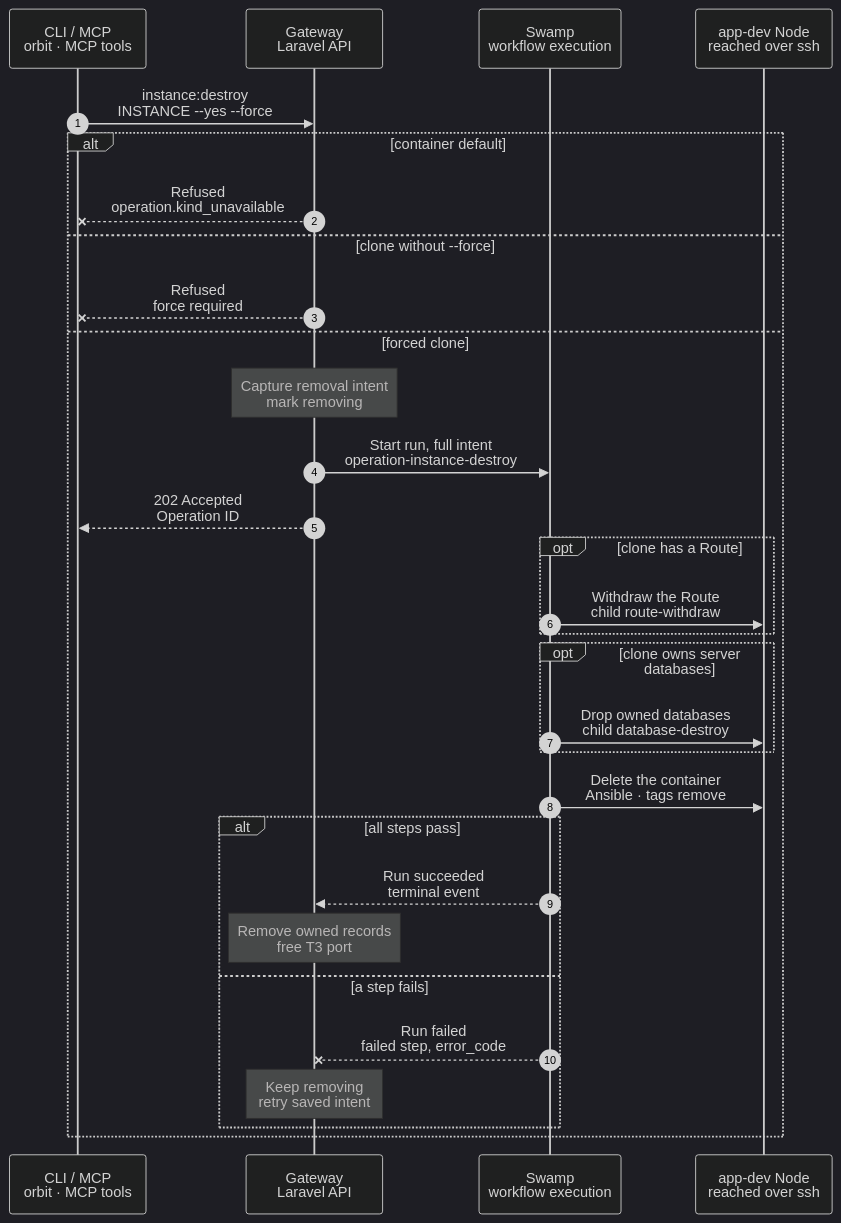
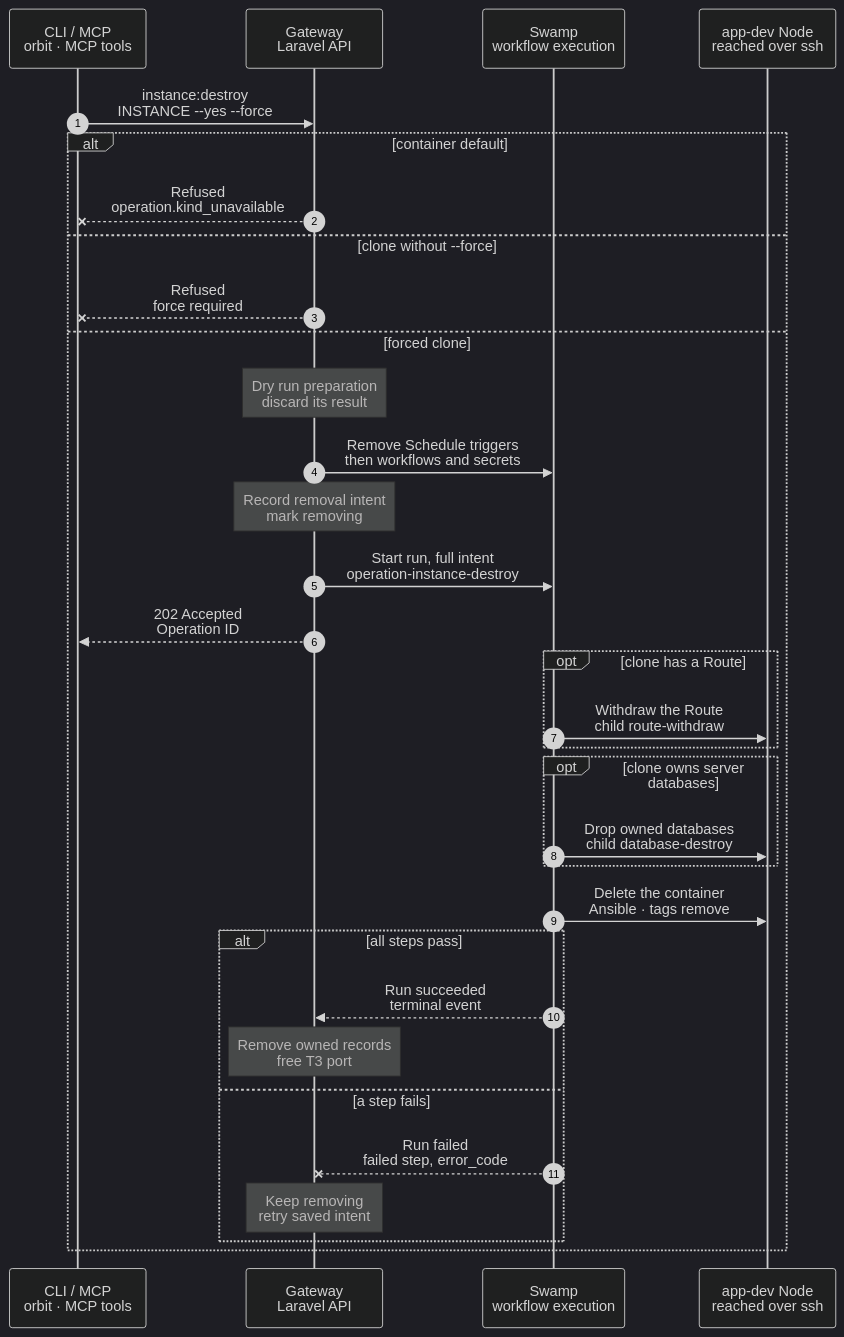
One commit to hardimpactdev/orbit changed the diagram in docs/cli/instance/container/destroy.mmd. Above: the diagram before and after it, drawn with Mermaid (dark theme). The commit also changed 8 other files, not shown here.

First line of the commit message:
fix(instance): dry-run removal before stopping Schedules (#3534)

```diff
--- a/docs/cli/instance/container/destroy.mmd
+++ b/docs/cli/instance/container/destroy.mmd
@@ -1,82 +1,92 @@
 sequenceDiagram
   %% Non-default container cleanup. Conn admission precedes this forced engine; CLI admission keeps its existing rules.
   %% status: draft
   %% command: instance:destroy
   %% kind: instance.destroy
   autonumber
   %% lane CLI icon=terminal pill=caller tone=gray
   %% lane GW icon=gateway pill=intent tone=blue
   %% lane SW icon=workflow pill=executes tone=green
   %% lane N icon=server pill=target tone=amber
   participant CLI as CLI / MCP<br/>orbit · MCP tools
   participant GW as Gateway<br/>Laravel API
   participant SW as Swamp<br/>workflow execution
   participant N as app-dev Node<br/>reached over ssh
   CLI->>GW: instance:destroy<br/>INSTANCE --yes --force
   %% path: main
   %%> Conn admission:
   %%> - POST /api/v1/conn/instances/ID/destroy requires an Idempotency-Key and acknowledge_unsaved as a JSON boolean
   %%> - the caller needs access to the Instance's Node; a missing Instance is 404
   %%> - a default answers 409 instance.default_protected; a host checkout answers 409 instance.not_container
   %%> - without acknowledgement, answer 409 instance.unsaved_work with unknown state and null counts; no container Git observations exist yet
   %%> - these refusals change no Schedule, Route, database, pairing, environment or Operation, and never probe the container
   %%> - acknowledged removal uses this same engine with force=true; all existing engine blockers keep their codes
   %%> - the same key and request returns the same Operation with 202, including after Instance deletion; a changed request is an idempotency conflict
   %%> CLI requirements:
   %%> - Node access to the Instance's Node and no other lifecycle Operation holds the Instance
   %%> - this slice supports a non-default container Instance, cloned or migrated; the Instance named `default` remains unavailable
   %%> - `--force` is required until guarded removal is built; no work or turn check runs
   alt container default
     %% path: default-unavailable
     GW--xCLI: Refused<br/>operation.kind_unavailable
   else clone without --force
     %% path: force-required
     GW--xCLI: Refused<br/>force required
     %%> Code:
     %%> - `instance.container_destroy_force_required`
   else forced clone
     %% path: admitted
-    Note over GW: Capture removal intent<br/>mark removing
+    Note over GW: Dry run preparation<br/>discard its result
     %%> Result:
     %%> - capture the clone's container identity, Route, Processes and owned databases
-    %%> - Conn runs stored blocker checks before calling the engine; the engine keeps its existing Schedule removal and failure boundary
+    %%> - all callers try the same pure preparation that admission uses; discard its result before any Schedule effect
+    %%> - the dry run checks publication Nodes, SSH pins, Caddy, PHP and DNS; it changes no state, records no intent, stages no copy and takes no Route hold
     %%> - keep its runtime row, address and T3 port reserved until terminal success
     %%> - Conn refuses new pairings while the Instance is removing
+    GW->>SW: Remove Schedule triggers<br/>then workflows and secrets
+    %%> Failure boundary:
+    %%> - a validation refusal leaves Schedules untouched; a Schedule removal failure keeps the Instance and Route active and records no destroy Operation
+    %%> Fresh admission:
+    %%> - if a fact changes after the dry run, admission uses its current value and may refuse; Schedules may already be stopped
+    %%> - build all publication, participant, database, member, runtime, Route and root facts fresh in the admission transaction; keep no lock across Schedule calls
+    Note over GW: Record removal intent<br/>mark removing
+    %%> Result:
+    %%> - call the same preparation again inside the admission transaction; record only this fresh intent, then mark the Instance removing and the Route retiring
     GW->>SW: Start run, full intent<br/>operation-instance-destroy
     GW-->>CLI: 202 Accepted<br/>Operation ID
     opt clone has a Route
       %% path: routed
       SW->>N: Withdraw the Route<br/>child route-withdraw
       %%> Caddy publication:
       %%> - on the Node, wait at most 5 s for the publish lock; compare the composed-from SHA-256 with the live file, then validate, rename and reload under that lock
       %%> - a changed base refuses with `caddy.composed_from_live_mismatch`; a busy lock refuses with `caddy.publish_busy`; the live Caddyfile stays unchanged and the normal failure path runs
     end
     opt clone owns server databases
       %% path: server-database
       SW->>N: Drop owned databases<br/>child database-destroy
     end
     SW->>N: Delete the container<br/>Ansible · tags remove
     %%> What it does:
     %%> - stops and deletes the clone, its Processes, T3 history, snapshots, storage volume and proxy device
     %%> - deleting T3 retires every session and unused pairing link; no T3 call or new vault key is needed
     %%> - removes its `instance-<id>` ACL from Incus project `default`, its owned UFW rules, its Node repository mirror and its private Node mail activation state
     %%> - checks that the container and storage volume are absent; already absent resources are removed
     %%> - the default and sibling clones stay; a migrated Instance's retained Git directory is untouched and can be purged only by hand
     alt all steps pass
       %% path: succeeded
       SW-->>GW: Run succeeded<br/>terminal event
       Note over GW: Remove owned records<br/>free T3 port
       %%> Result:
       %%> - remove Instance execution copies and Conn's copies, environment and pairings, even while Conn is disabled
       %%> - delete the Route, Processes, owned database records, runtime row and Instance
       %%> - keep `retained_git_path` and `retained_git_at` in the destroy Operation result so retention stays findable after the Instance row goes
       %%> - deleting the runtime row frees the published T3 port and bridge address
     else a step fails
       %% path: removal-failed
       SW--xGW: Run failed<br/>failed step, error_code
       Note over GW: Keep removing<br/>retry saved intent
       %%> Retry:
       %%> - a fresh forced destroy reuses the removal identity and accepts resources already gone
       %%> - after withdrawal the Route stays down; records and the reserved port stay until success
     end
   end
```
